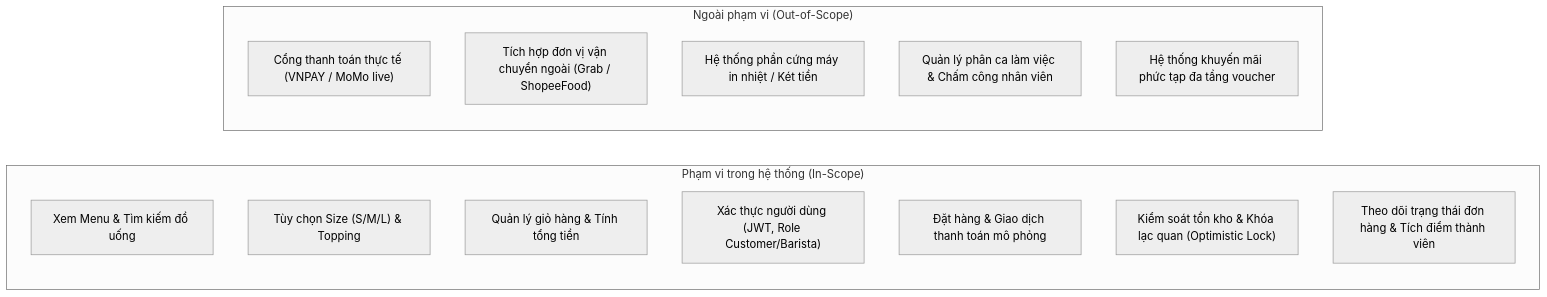
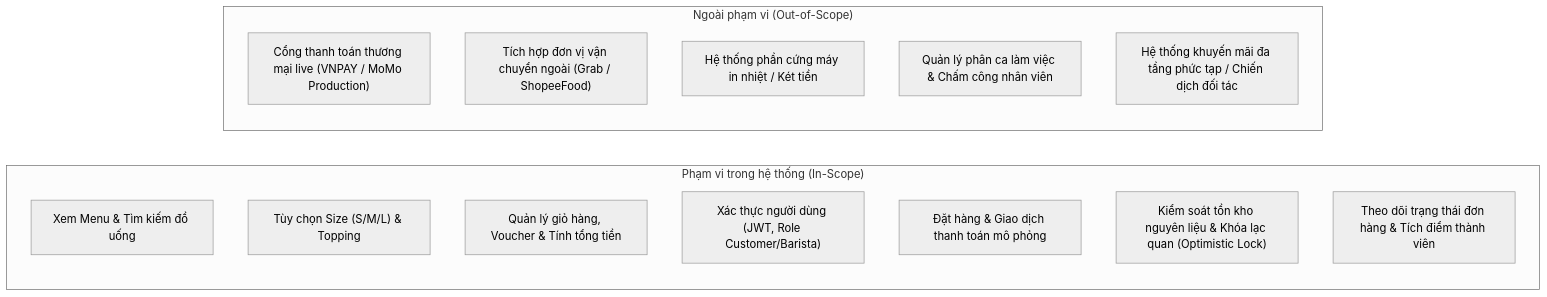
Before and after one commit to Phucdang-gif/Assignment2: the diagram in docs/requirements/context-and-scope.md, drawn with Mermaid (neutral theme). The commit also changed other lines of this file and 5 other files, not shown here.

Commit message:
docs: align SRS, usecase, sequence, architecture and traceability matrix with Task 5.1 implementation

````diff
--- a/docs/requirements/context-and-scope.md
+++ b/docs/requirements/context-and-scope.md
@@ -40,22 +40,22 @@
 ```mermaid
 flowchart LR
     subgraph IN_SCOPE["Phạm vi trong hệ thống (In-Scope)"]
         direction TB
         A1["Xem Menu & Tìm kiếm đồ uống"]
         A2["Tùy chọn Size (S/M/L) & Topping"]
-        A3["Quản lý giỏ hàng & Tính tổng tiền"]
+        A3["Quản lý giỏ hàng, Voucher & Tính tổng tiền"]
         A4["Xác thực người dùng (JWT, Role Customer/Barista)"]
         A5["Đặt hàng & Giao dịch thanh toán mô phỏng"]
-        A6["Kiểm soát tồn kho & Khóa lạc quan (Optimistic Lock)"]
+        A6["Kiểm soát tồn kho nguyên liệu & Khóa lạc quan (Optimistic Lock)"]
         A7["Theo dõi trạng thái đơn hàng & Tích điểm thành viên"]
     end
 
     subgraph OUT_OF_SCOPE["Ngoài phạm vi (Out-of-Scope)"]
         direction TB
-        B1["Cổng thanh toán thực tế (VNPAY / MoMo live)"]
+        B1["Cổng thanh toán thương mại live (VNPAY / MoMo Production)"]
         B2["Tích hợp đơn vị vận chuyển ngoài (Grab / ShopeeFood)"]
         B3["Hệ thống phần cứng máy in nhiệt / Két tiền"]
         B4["Quản lý phân ca làm việc & Chấm công nhân viên"]
-        B5["Hệ thống khuyến mãi phức tạp đa tầng voucher"]
+        B5["Hệ thống khuyến mãi đa tầng phức tạp / Chiến dịch đối tác"]
     end
 ```
````
